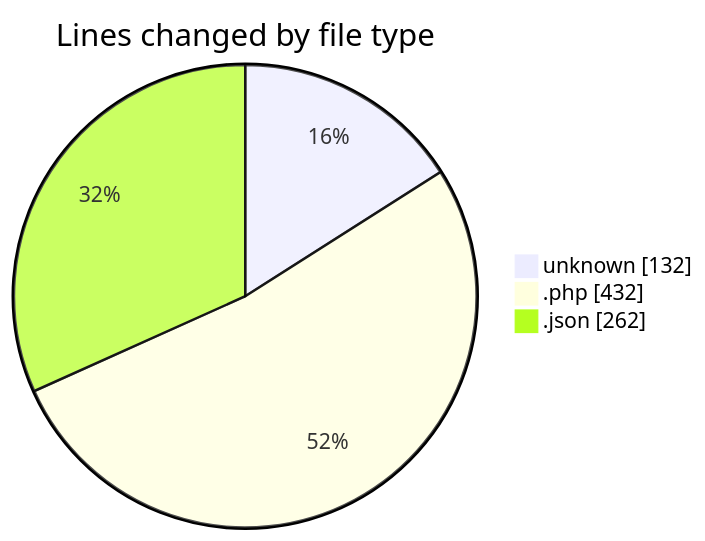
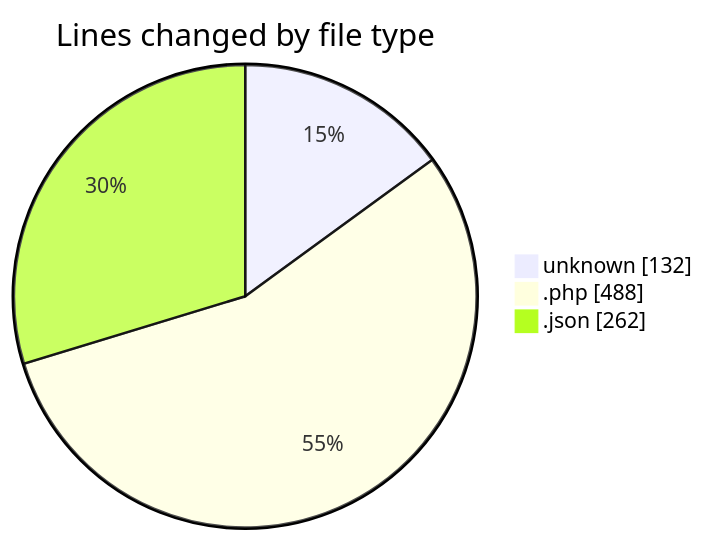
One commit to idhammustaqopulfikri/code-tracking changed the first of 2 diagrams in 2025-11-13/futsal-recommender/README.md. Above: the diagram before and after it, drawn with Mermaid. The commit also changed other lines of this file and 1 other file, not shown here.

````diff
--- a/2025-11-13/futsal-recommender/README.md
+++ b/2025-11-13/futsal-recommender/README.md
@@ -28,7 +29,7 @@
 ```mermaid
 pie showData
 title Lines changed by file type
 "unknown" : 132
-".php" : 432
+".php" : 488
 ".json" : 262
 ```
````
